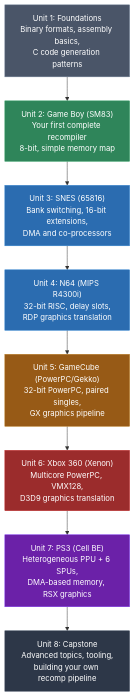
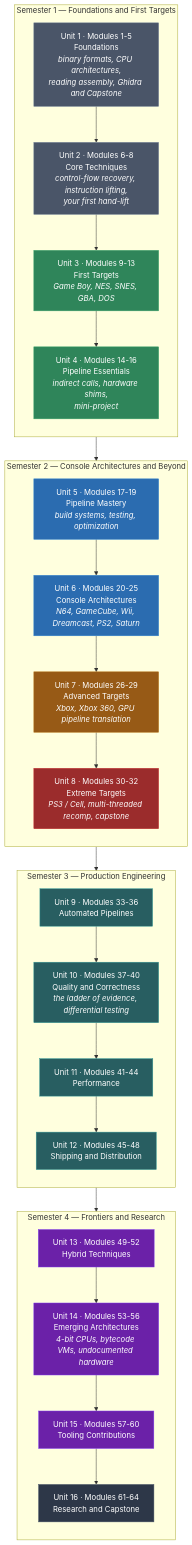
The third of 3 diagrams in units/unit-1-foundations/module-01-what-is-static-recomp/lecture.md (sp00nznet/recompclass), drawn with Mermaid before and after one commit. The commit also changed other lines of this file and 5 other files, not shown here.

First line of the commit message:
Credit four upstream projects; replace the stale course roadmap diagram

````diff
--- a/units/unit-1-foundations/module-01-what-is-static-recomp/lecture.md
+++ b/units/unit-1-foundations/module-01-what-is-static-recomp/lecture.md
@@ -389,19 +389,59 @@
 ```mermaid
 flowchart TD
-    A["Unit 1: Foundations\nBinary formats, assembly basics,\nC code generation patterns"] --> B["Unit 2: Game Boy (SM83)\nYour first complete recompiler\n8-bit, simple memory map"]
-    B --> C["Unit 3: SNES (65816)\nBank switching, 16-bit extensions,\nDMA and co-processors"]
-    C --> D["Unit 4: N64 (MIPS R4300i)\n32-bit RISC, delay slots,\nRDP graphics translation"]
-    D --> E["Unit 5: GameCube (PowerPC/Gekko)\n32-bit PowerPC, paired singles,\nGX graphics pipeline"]
-    E --> F["Unit 6: Xbox 360 (Xenon)\nMulticore PowerPC, VMX128,\nD3D9 graphics translation"]
-    F --> G["Unit 7: PS3 (Cell BE)\nHeterogeneous PPU + 6 SPUs,\nDMA-based memory, RSX graphics"]
-    G --> H["Unit 8: Capstone\nAdvanced topics, tooling,\nbuilding your own recomp pipeline"]
+    subgraph S1["Semester 1 — Foundations and First Targets"]
+        direction TB
+        U1["Unit 1 · Modules 1-5<br/>Foundations<br/><i>binary formats, CPU architectures,<br/>reading assembly, Ghidra and Capstone</i>"]
+        U2["Unit 2 · Modules 6-8<br/>Core Techniques<br/><i>control-flow recovery, instruction lifting,<br/>your first hand-lift</i>"]
+        U3["Unit 3 · Modules 9-13<br/>First Targets<br/><i>Game Boy, NES, SNES, GBA, DOS</i>"]
+        U4["Unit 4 · Modules 14-16<br/>Pipeline Essentials<br/><i>indirect calls, hardware shims,<br/>mini-project</i>"]
+        U1 --> U2 --> U3 --> U4
+    end
 
-    style A fill:#4a5568,stroke:#718096,color:#fff
-    style B fill:#2f855a,stroke:#38a169,color:#fff
-    style C fill:#2b6cb0,stroke:#3182ce,color:#fff
-    style D fill:#2b6cb0,stroke:#3182ce,color:#fff
-    style E fill:#975a16,stroke:#b7791f,color:#fff
-    style F fill:#9b2c2c,stroke:#c53030,color:#fff
-    style G fill:#6b21a8,stroke:#7c3aed,color:#fff
-    style H fill:#2d3748,stroke:#4a5568,color:#fff
+    subgraph S2["Semester 2 — Console Architectures and Beyond"]
+        direction TB
+        U5["Unit 5 · Modules 17-19<br/>Pipeline Mastery<br/><i>build systems, testing, optimization</i>"]
+        U6["Unit 6 · Modules 20-25<br/>Console Architectures<br/><i>N64, GameCube, Wii, Dreamcast, PS2, Saturn</i>"]
+        U7["Unit 7 · Modules 26-29<br/>Advanced Targets<br/><i>Xbox, Xbox 360, GPU pipeline translation</i>"]
+        U8["Unit 8 · Modules 30-32<br/>Extreme Targets<br/><i>PS3 / Cell, multi-threaded recomp, capstone</i>"]
+        U5 --> U6 --> U7 --> U8
+    end
+
+    subgraph S3["Semester 3 — Production Engineering"]
+        direction TB
+        U9["Unit 9 · Modules 33-36<br/>Automated Pipelines"]
+        U10["Unit 10 · Modules 37-40<br/>Quality and Correctness<br/><i>the ladder of evidence, differential testing</i>"]
+        U11["Unit 11 · Modules 41-44<br/>Performance"]
+        U12["Unit 12 · Modules 45-48<br/>Shipping and Distribution"]
+        U9 --> U10 --> U11 --> U12
+    end
+
+    subgraph S4["Semester 4 — Frontiers and Research"]
+        direction TB
+        U13["Unit 13 · Modules 49-52<br/>Hybrid Techniques"]
+        U14["Unit 14 · Modules 53-56<br/>Emerging Architectures<br/><i>4-bit CPUs, bytecode VMs, undocumented hardware</i>"]
+        U15["Unit 15 · Modules 57-60<br/>Tooling Contributions"]
+        U16["Unit 16 · Modules 61-64<br/>Research and Capstone"]
+        U13 --> U14 --> U15 --> U16
+    end
+
+    U4 --> U5
+    U8 --> U9
+    U12 --> U13
+
+    style U1 fill:#4a5568,stroke:#718096,color:#fff
+    style U2 fill:#4a5568,stroke:#718096,color:#fff
+    style U3 fill:#2f855a,stroke:#38a169,color:#fff
+    style U4 fill:#2f855a,stroke:#38a169,color:#fff
+    style U5 fill:#2b6cb0,stroke:#3182ce,color:#fff
+    style U6 fill:#2b6cb0,stroke:#3182ce,color:#fff
+    style U7 fill:#975a16,stroke:#b7791f,color:#fff
+    style U8 fill:#9b2c2c,stroke:#c53030,color:#fff
+    style U9 fill:#285e61,stroke:#319795,color:#fff
+    style U10 fill:#285e61,stroke:#319795,color:#fff
+    style U11 fill:#285e61,stroke:#319795,color:#fff
+    style U12 fill:#285e61,stroke:#319795,color:#fff
+    style U13 fill:#6b21a8,stroke:#7c3aed,color:#fff
+    style U14 fill:#6b21a8,stroke:#7c3aed,color:#fff
+    style U15 fill:#6b21a8,stroke:#7c3aed,color:#fff
+    style U16 fill:#2d3748,stroke:#4a5568,color:#fff
 ```
````
